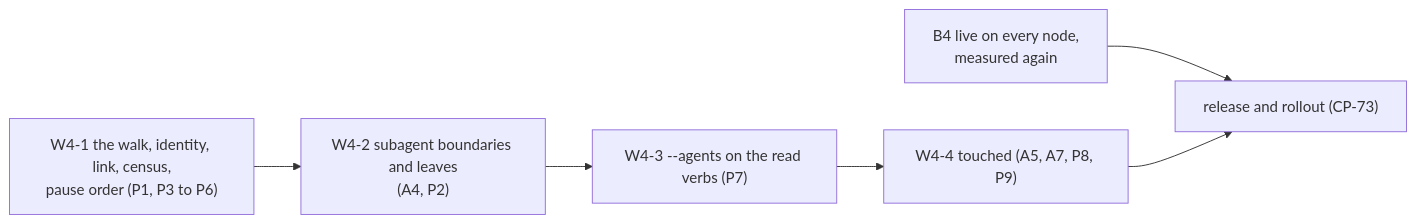
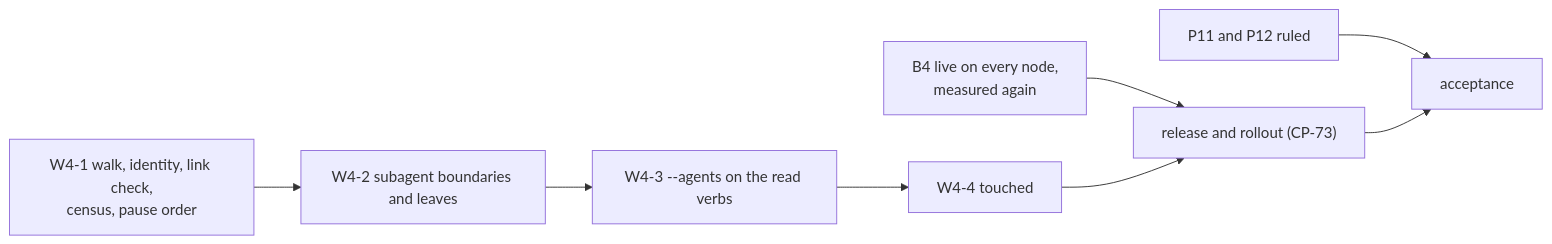
One commit to Synapsium-Labs/ccrc-pwa changed the third of 3 diagrams in docs/superpowers/specs/2026-10-29-ccrc-history-w4-subagents-touched-design.md. Above: the diagram before and after it, drawn with Mermaid. The commit also changed other lines of this file and 1 other file, not shown here.

````diff
--- a/docs/superpowers/specs/2026-10-29-ccrc-history-w4-subagents-touched-design.md
+++ b/docs/superpowers/specs/2026-10-29-ccrc-history-w4-subagents-touched-design.md
@@ -251,8 +363,10 @@
 ```mermaid
 flowchart LR
-  W1["W4-1 the walk, identity, link, census,<br/>pause order (P1, P3 to P6)"] --> W2["W4-2 subagent boundaries and leaves<br/>(A4, P2)"]
-  W2 --> W3["W4-3 --agents on the read verbs (P7)"]
-  W3 --> W4["W4-4 touched (A5, A7, P8, P9)"]
+  W1["W4-1 walk, identity, link check,<br/>census, pause order"] --> W2["W4-2 subagent boundaries and leaves"]
+  W2 --> W3["W4-3 --agents on the read verbs"]
+  W3 --> W4["W4-4 touched"]
   P["B4 live on every node,<br/>measured again"] --> R["release and rollout (CP-73)"]
   W4 --> R
+  D["P11 and P12 ruled"] --> AC["acceptance"]
+  R --> AC
 ```
````
